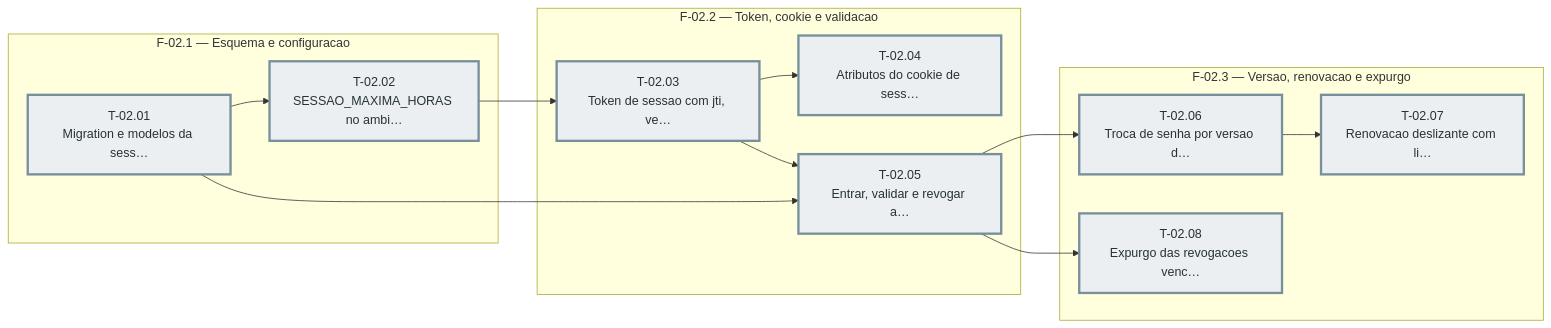
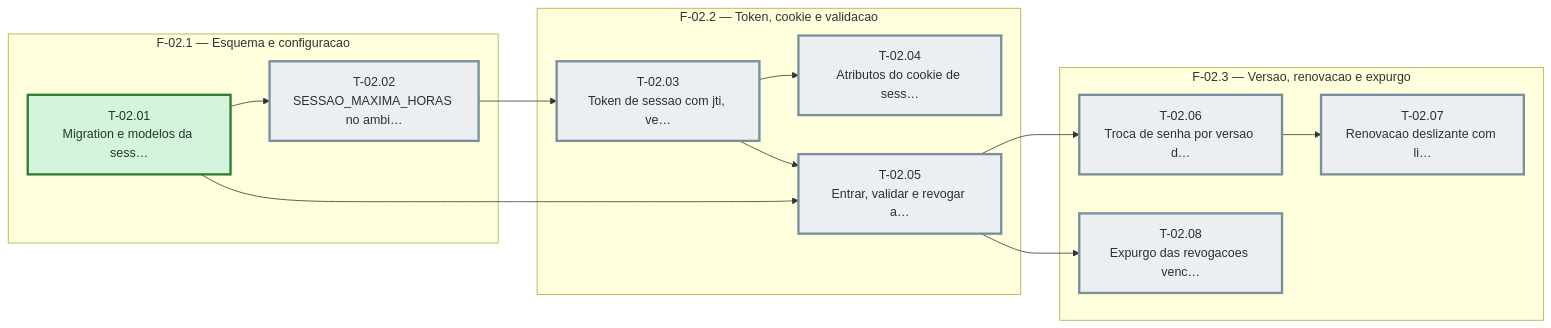
Before and after one commit to bittencourtthulio/converse-chatbot: the diagram in docs/sessao-e-acesso-endurecidos/sprint-02/fases.md, drawn with Mermaid. The commit also changed 7 other files, not shown here.

````diff
--- a/docs/sessao-e-acesso-endurecidos/sprint-02/fases.md
+++ b/docs/sessao-e-acesso-endurecidos/sprint-02/fases.md
@@ -38,42 +38,42 @@
 ```mermaid
 %% Grafo de tasks — sprint-02 — gerado pela sprintx a partir de tasks.md
 flowchart LR
   subgraph fase_02_1["F-02.1 — Esquema e configuracao"]
     T_02_01["T-02.01<br/>Migration e modelos da sess…"]
     T_02_02["T-02.02<br/>SESSAO_MAXIMA_HORAS no ambi…"]
   end
   subgraph fase_02_2["F-02.2 — Token, cookie e validacao"]
     T_02_03["T-02.03<br/>Token de sessao com jti, ve…"]
     T_02_04["T-02.04<br/>Atributos do cookie de sess…"]
     T_02_05["T-02.05<br/>Entrar, validar e revogar a…"]
   end
   subgraph fase_02_3["F-02.3 — Versao, renovacao e expurgo"]
     T_02_06["T-02.06<br/>Troca de senha por versao d…"]
     T_02_07["T-02.07<br/>Renovacao deslizante com li…"]
     T_02_08["T-02.08<br/>Expurgo das revogacoes venc…"]
   end
   T_02_01 --> T_02_02
   T_02_02 --> T_02_03
   T_02_03 --> T_02_04
   T_02_01 --> T_02_05
   T_02_03 --> T_02_05
   T_02_05 --> T_02_06
   T_02_06 --> T_02_07
   T_02_05 --> T_02_08
 
   classDef concluida fill:#d4f4dd,stroke:#2e7d32,color:#1b3d20
   classDef andamento fill:#fff3cd,stroke:#b8860b,color:#4a3800
   classDef bloqueada fill:#f8d7da,stroke:#c62828,color:#4a1d1f
   classDef pendente  fill:#eceff1,stroke:#78909c,color:#263238
   classDef critico   stroke-width:3px
 
-  class T_02_01 pendente
+  class T_02_01 concluida
   class T_02_02 pendente
   class T_02_03 pendente
   class T_02_04 pendente
   class T_02_05 pendente
   class T_02_06 pendente
   class T_02_07 pendente
   class T_02_08 pendente
   class T_02_01,T_02_02,T_02_03,T_02_04,T_02_05,T_02_06,T_02_07,T_02_08 critico
 ```
````
